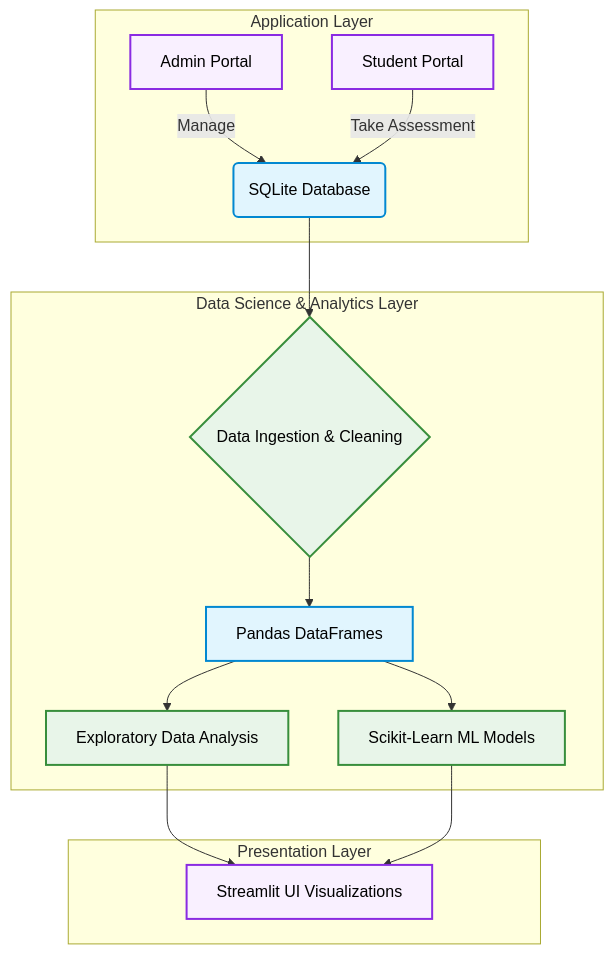
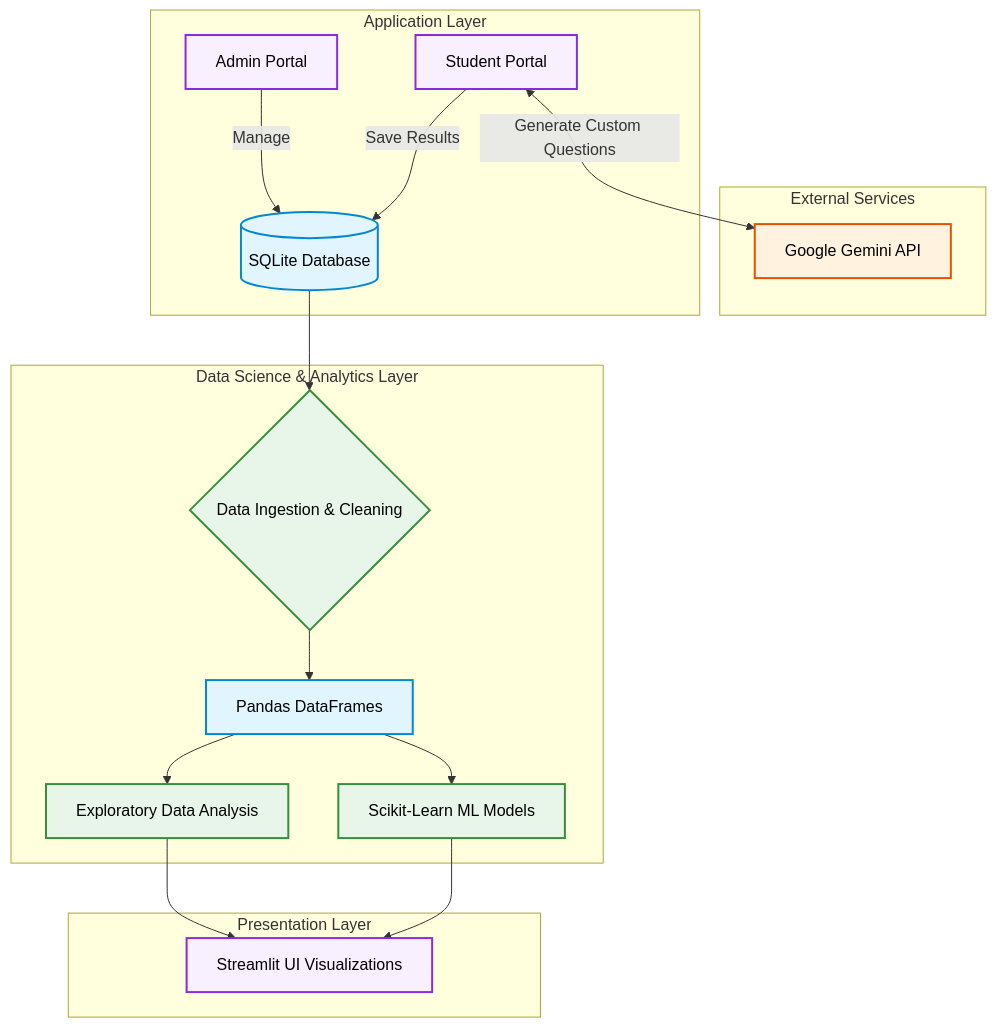
The diagram in README.md (Shashank17singh/Learning-Analytics-Engine), drawn with Mermaid before and after one commit. The commit also changed other lines of this file and 2 other files, not shown here.

Commit message:
update readme, fix Gemini model name and Streamlit tabs clipping

````diff
--- a/README.md
+++ b/README.md
@@ -25,27 +25,34 @@
 ```mermaid
 graph TD
+    subgraph "External Services"
+    I[Google Gemini API]
+    end
+
     subgraph "Application Layer"
-    A[Admin Portal] -->|Manage| B(SQLite Database)
-    C[Student Portal] -->|Take Assessment| B
+    A[Admin Portal] -->|Manage| B[(SQLite Database)]
+    C[Student Portal] -->|Save Results| B
+    C <-->|Generate Custom Questions| I
     end
     
     subgraph "Data Science & Analytics Layer"
     B --> D{Data Ingestion & Cleaning}
     D --> E[Pandas DataFrames]
     E --> F[Exploratory Data Analysis]
     E --> G[Scikit-Learn ML Models]
     end
     
     subgraph "Presentation Layer"
     F --> H[Streamlit UI Visualizations]
     G --> H
     end
     
     classDef io fill:#f9f0ff,stroke:#8a2be2,stroke-width:2px,color:#000;
     classDef core fill:#e1f5fe,stroke:#0288d1,stroke-width:2px,color:#000;
     classDef logic fill:#e8f5e9,stroke:#388e3c,stroke-width:2px,color:#000;
+    classDef ext fill:#fff3e0,stroke:#e65100,stroke-width:2px,color:#000;
     
     class A,C,H io;
     class B,E core;
     class D,F,G logic;
+    class I ext;
 ```
````
